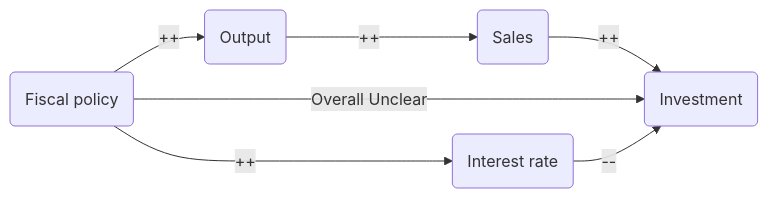
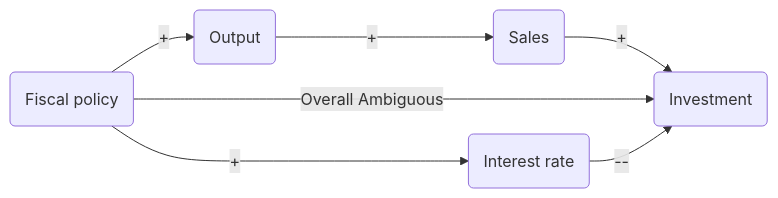
One commit to JermaineChen404/JermaineChen404.github.io changed the fourth of 4 diagrams in docs/ECON2123/The IS-LM Model.md. Above: the diagram before and after it, drawn with Mermaid. The commit also changed other lines of this file, not shown here.

Commit message:
Update The IS-LM Model.md

````diff
--- a/docs/ECON2123/The IS-LM Model.md
+++ b/docs/ECON2123/The IS-LM Model.md
@@ -152,9 +152,9 @@
 ```mermaid
 flowchart LR
-	1(Fiscal policy) -->|++| 2(Output)
-	2 -->|++| 3(Sales)
-	3 -->|++| 4(Investment)
-	1 -->|Overall Unclear |4
-	1 -->|++| 5(Interest rate)
+	1(Fiscal policy) -->|+| 2(Output)
+	2 -->|+| 3(Sales)
+	3 -->|+| 4(Investment)
+	1 -->|Overall Ambiguous|4
+	1 -->|+| 5(Interest rate)
 	5 -->|--| 4
 ```
````
